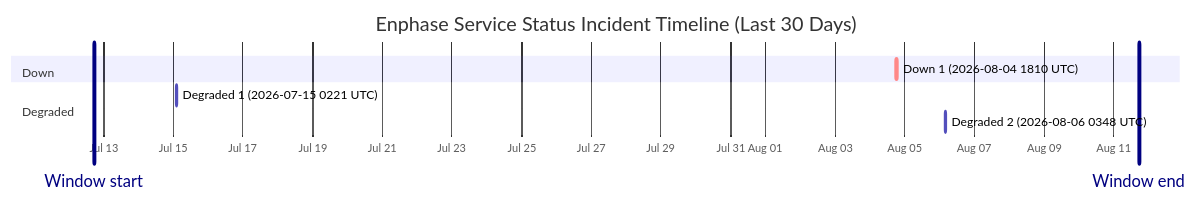
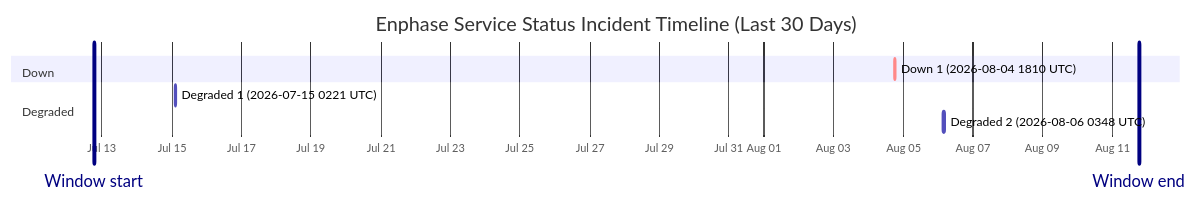
One commit to barneyonline/ha-enphase-energy changed the diagram in wiki/Service-Status-History.md. Above: the diagram before and after it, drawn with Mermaid. The commit also changed other lines of this file and 3 other files, not shown here.

````diff
--- a/wiki/Service-Status-History.md
+++ b/wiki/Service-Status-History.md
@@ -14,13 +14,13 @@
 ```mermaid
 gantt
     title Enphase Service Status Incident Timeline (Last 30 Days)
     dateFormat  YYYY-MM-DDTHH:mm:ss
     axisFormat  %b %d
-    Window start :vert, window-start, 2026-07-12T17:26:22, 0ms
-    Window end :vert, window-end, 2026-08-11T17:26:22, 0ms
+    Window start :vert, window-start, 2026-07-12T18:25:00, 0ms
+    Window end :vert, window-end, 2026-08-11T18:25:00, 0ms
     section Down
     Down 1 (2026-08-04 1810 UTC) :crit, down-1, 2026-08-04T18:10:46, 60m
     section Degraded
     Degraded 1 (2026-07-15 0221 UTC) :active, degraded-1, 2026-07-15T02:21:35, 60m
     Degraded 2 (2026-08-06 0348 UTC) :active, degraded-2, 2026-08-06T03:48:14, 60m
 ```
````
